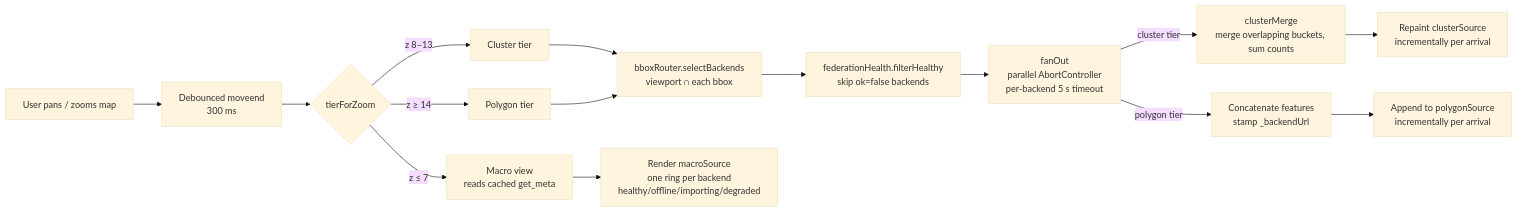
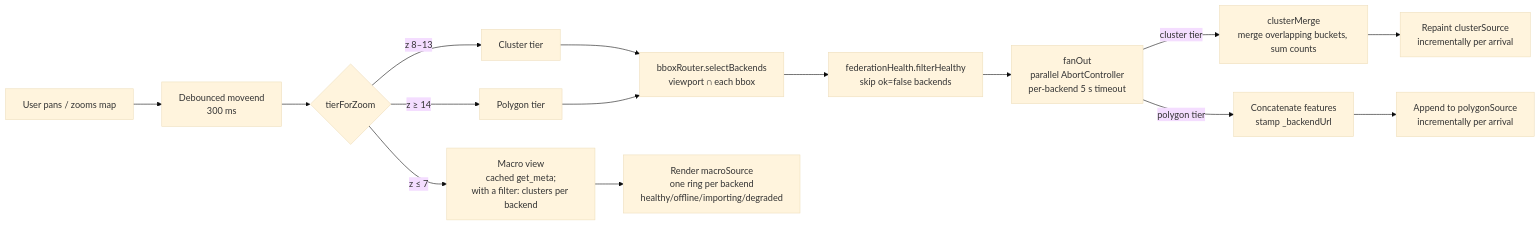
The diagram in docs/contributing/hub-internals.md (mfuhrmann/spieli), drawn with Mermaid (base theme) before and after one commit. The commit also changed other lines of this file and 1 other file, not shown here.

Commit message:
docs(develop): explain bucket merging once, fix the hub diagram's macro tier

````diff
--- a/docs/contributing/hub-internals.md
+++ b/docs/contributing/hub-internals.md
@@ -39,22 +39,22 @@
 ```mermaid
 flowchart LR
     user[User pans / zooms map] --> moveend[Debounced moveend<br/>300 ms]
     moveend --> tier{tierForZoom}
-    tier -- "z ≤ 7" --> macro[Macro view<br/>reads cached get_meta]
+    tier -- "z ≤ 7" --> macro[Macro view<br/>cached get_meta;<br/>with a filter: clusters per backend]
     tier -- "z 8–13" --> cluster[Cluster tier]
     tier -- "z ≥ 14" --> polygon[Polygon tier]
 
     cluster --> bbox[bboxRouter.selectBackends<br/>viewport ∩ each bbox]
     polygon --> bbox
 
     bbox --> health[federationHealth.filterHealthy<br/>skip ok=false backends]
     health --> fanout[fanOut<br/>parallel AbortController<br/>per-backend 5 s timeout]
 
     fanout -- "cluster tier" --> sc[clusterMerge<br/>merge overlapping buckets, sum counts]
     fanout -- "polygon tier" --> concat[Concatenate features<br/>stamp _backendUrl]
 
     sc --> render[Repaint clusterSource<br/>incrementally per arrival]
     concat --> render2[Append to polygonSource<br/>incrementally per arrival]
 
     macro --> macroLayer[Render macroSource<br/>one ring per backend<br/>healthy/offline/importing/degraded]
 ```
````
